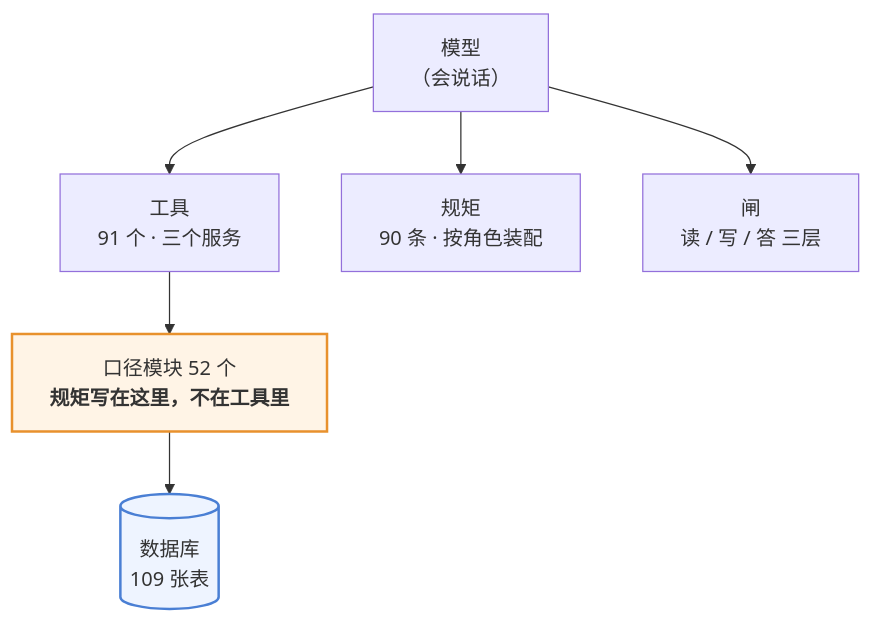
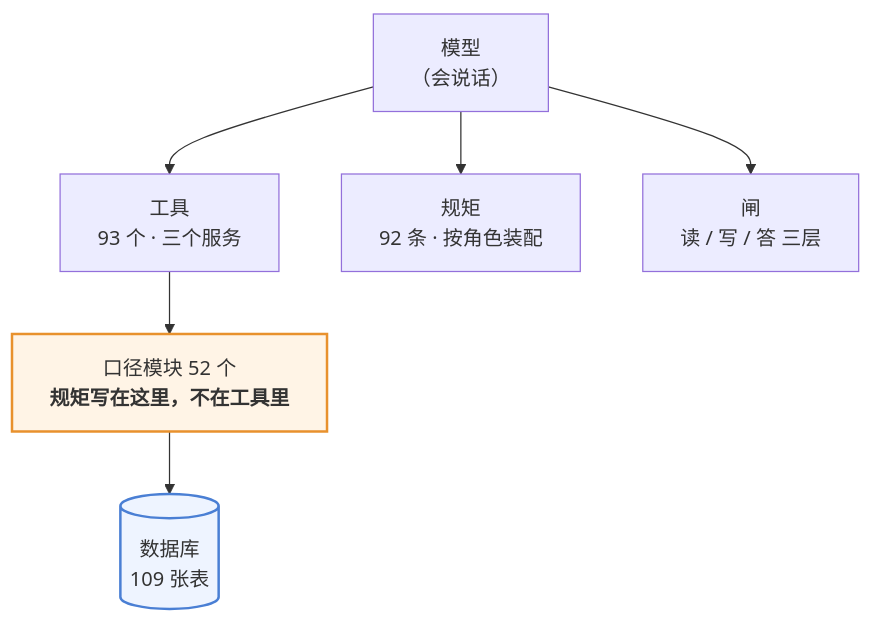
The first of 3 diagrams in 澜绣云裳agent-产品说明.md (843773296-rgb/lanxiu-yunshang-agent), drawn with Mermaid before and after one commit. The commit also changed other lines of this file and 18 other files, not shown here.

````diff
--- a/澜绣云裳agent-产品说明.md
+++ b/澜绣云裳agent-产品说明.md
@@ -62,12 +62,12 @@
 ```mermaid
 flowchart TD
     M["模型<br/>（会说话）"]
-    M --> T["工具<br/>91 个 · 三个服务"]
-    M --> R["规矩<br/>90 条 · 按角色装配"]
+    M --> T["工具<br/>93 个 · 三个服务"]
+    M --> R["规矩<br/>92 条 · 按角色装配"]
     M --> G["闸<br/>读 / 写 / 答 三层"]
     T --> K["口径模块 52 个<br/><b>规矩写在这里，不在工具里</b>"]
     K --> DB[("数据库<br/>109 张表")]
 
     style K fill:#fff4e6,stroke:#e8912d,stroke-width:2px
     style DB fill:#eef4ff,stroke:#4a7fd4,stroke-width:2px
 ```
````
